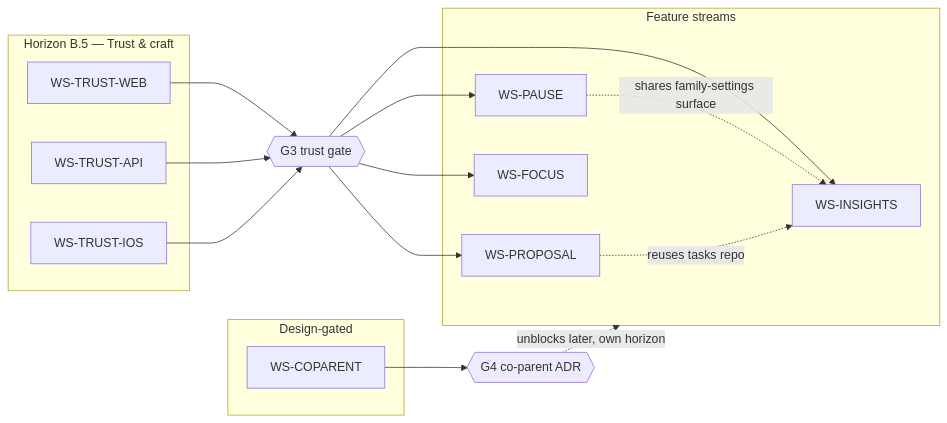
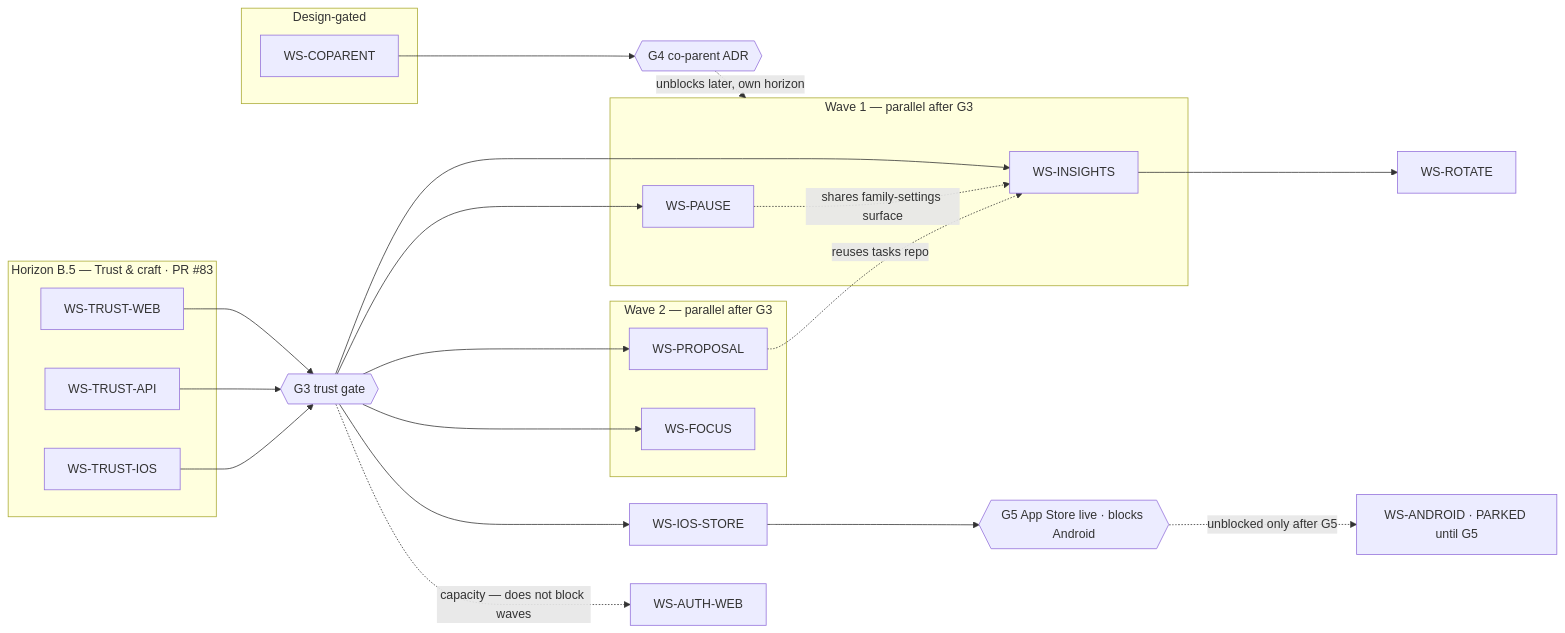
Before and after one commit to SolarnodeCC/Taakhelden: the diagram in docs/wispel-post-review-workstreams.md, drawn with Mermaid. The commit also changed other lines of this file and 2 other files, not shown here.

First line of the commit message:
docs: add G5 iOS gate, P8 Android park, competitive execution sequence

````diff
--- a/docs/wispel-post-review-workstreams.md
+++ b/docs/wispel-post-review-workstreams.md
@@ -72,31 +86,43 @@
 ```mermaid
 flowchart LR
-  subgraph B5[Horizon B.5 — Trust & craft]
+  subgraph B5[Horizon B.5 — Trust & craft · PR #83]
     TW[WS-TRUST-WEB]
     TA[WS-TRUST-API]
     TI[WS-TRUST-IOS]
   end
-  subgraph F[Feature streams]
+  subgraph W1[Wave 1 — parallel after G3]
     INS[WS-INSIGHTS]
     PAU[WS-PAUSE]
+  end
+  subgraph W2[Wave 2 — parallel after G3]
     PRO[WS-PROPOSAL]
     FOC[WS-FOCUS]
   end
   subgraph D[Design-gated]
     CO[WS-COPARENT]
   end
+  STORE[WS-IOS-STORE]
+  AUTH[WS-AUTH-WEB]
+  ROT[WS-ROTATE]
+  AND[WS-ANDROID · PARKED until G5]
   G3{{G3 trust gate}}
   G4{{G4 co-parent ADR}}
+  G5{{G5 App Store live · blocks Android}}
 
   TW --> G3
   TA --> G3
   TI --> G3
   G3 --> INS
   G3 --> PAU
   G3 --> PRO
   G3 --> FOC
+  G3 --> STORE
+  G3 -. capacity — does not block waves .-> AUTH
   PAU -. shares family-settings surface .-> INS
   PRO -. reuses tasks repo .-> INS
+  INS --> ROT
   CO --> G4
-  G4 -. unblocks later, own horizon .-> F
+  STORE --> G5
+  G5 -. unblocked only after G5 .-> AND
+  G4 -. unblocks later, own horizon .-> W1
 ```
````
